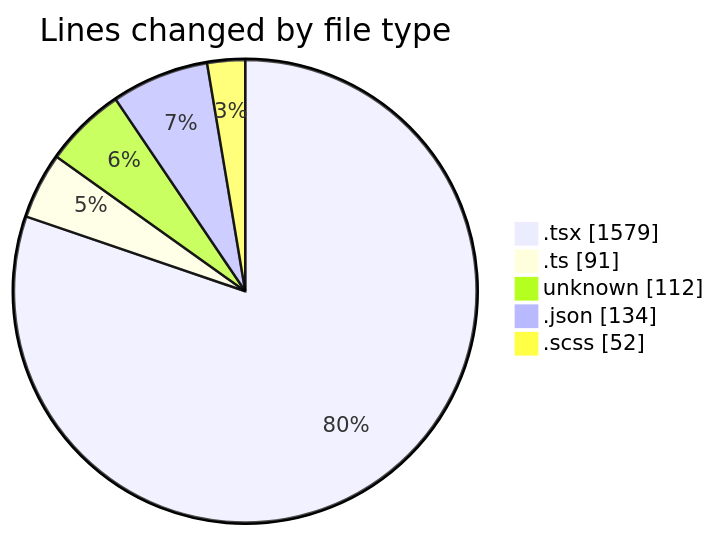
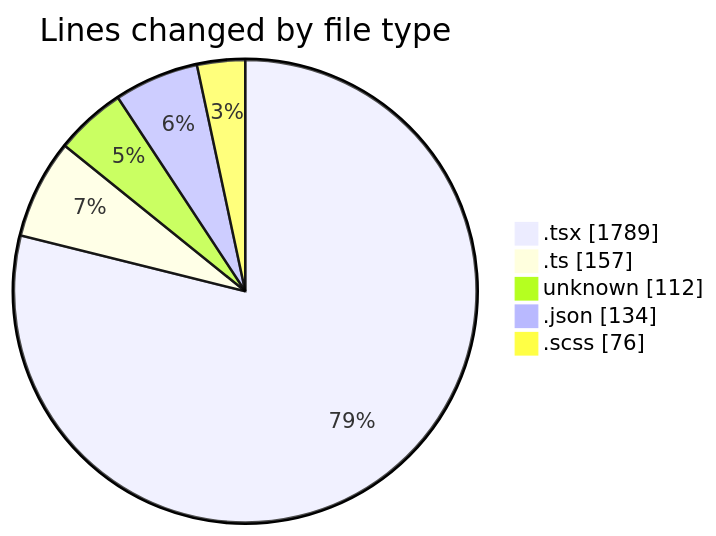
The first of 2 diagrams in 2026-04-28/cda/README.md (momahboobian/code-tracking), drawn with Mermaid before and after one commit. The commit also changed other lines of this file and 1 other file, not shown here.

````diff
--- a/2026-04-28/cda/README.md
+++ b/2026-04-28/cda/README.md
@@ -36,9 +43,9 @@
 ```mermaid
 pie showData
 title Lines changed by file type
-".tsx" : 1579
-".ts" : 91
+".tsx" : 1789
+".ts" : 157
 "unknown" : 112
 ".json" : 134
-".scss" : 52
+".scss" : 76
 ```
````
